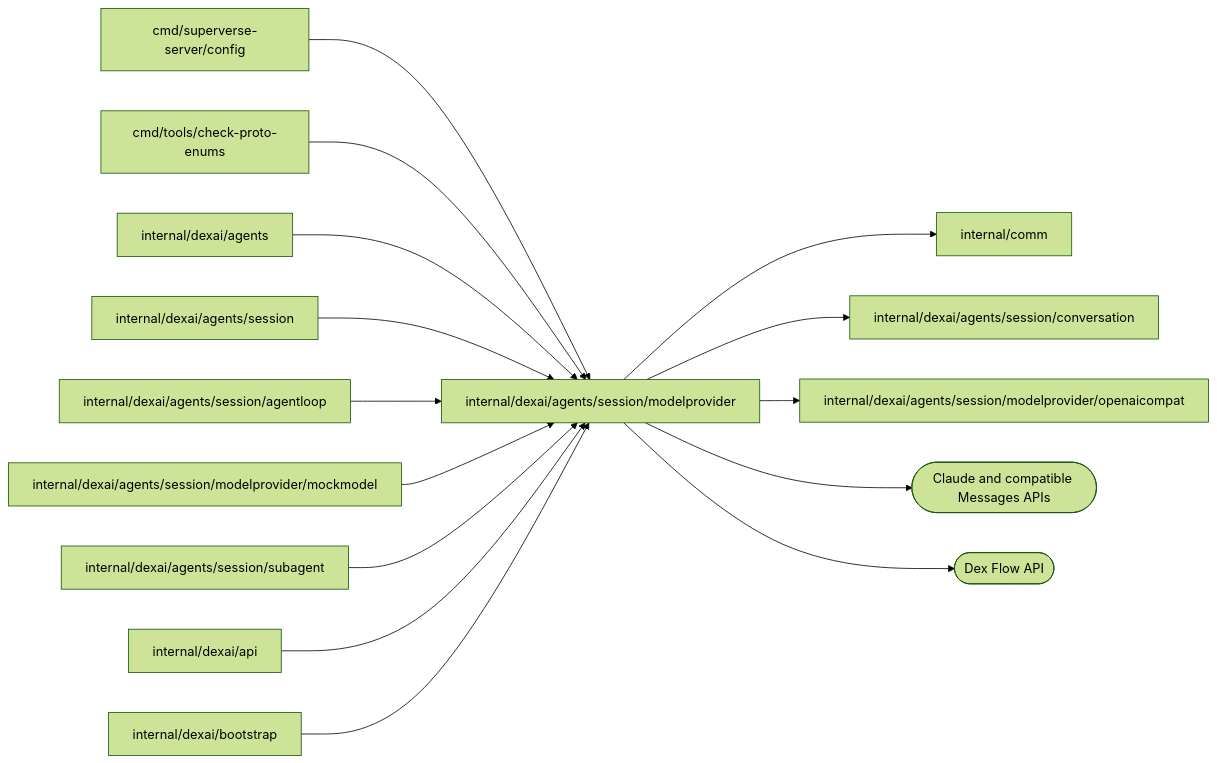
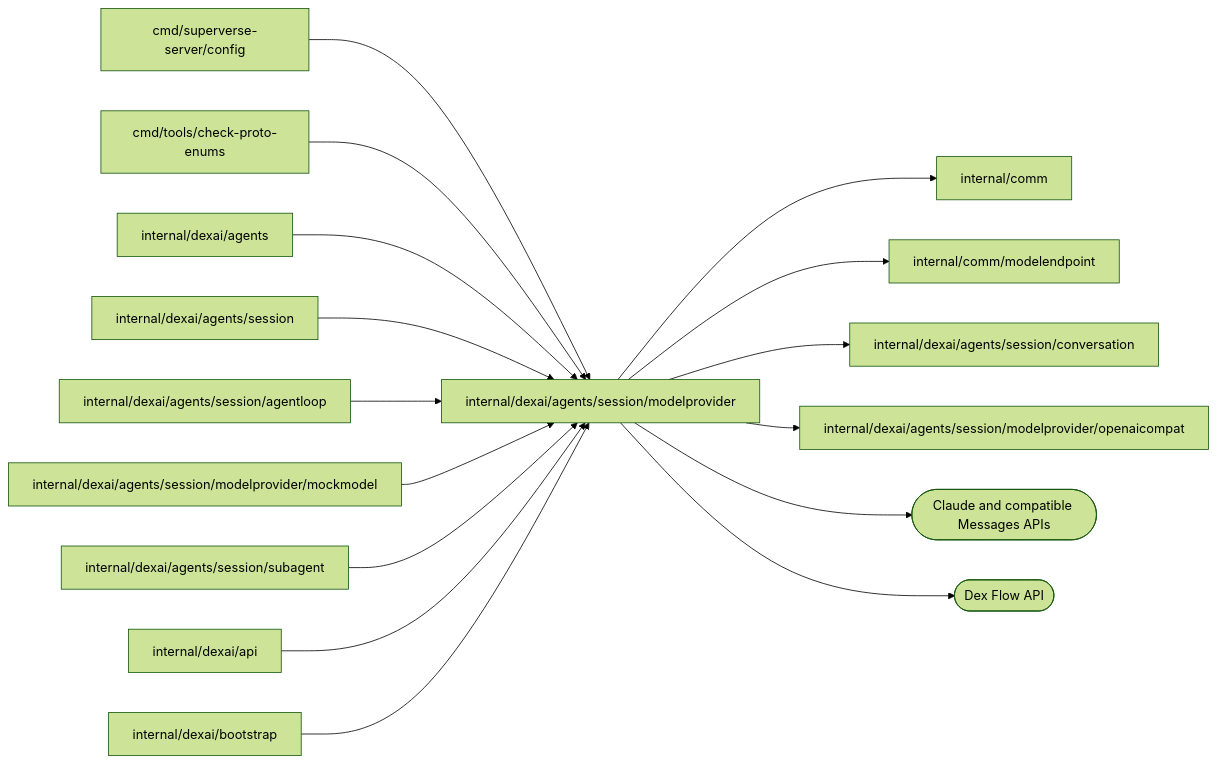
Before and after one commit to superdurable/superverse: the diagram in internal/dexai/agents/session/modelprovider/README.md, drawn with Mermaid (forest theme). The commit also changed other lines of this file and 75 other files, not shown here.

````diff
--- a/internal/dexai/agents/session/modelprovider/README.md
+++ b/internal/dexai/agents/session/modelprovider/README.md
@@ -10,18 +10,19 @@
 ```mermaid
 flowchart LR
   self["internal/dexai/agents/session/modelprovider"]
   c0["cmd/superverse-server/config"] --> self
   c1["cmd/tools/check-proto-enums"] --> self
   c2["internal/dexai/agents"] --> self
   c3["internal/dexai/agents/session"] --> self
   c4["internal/dexai/agents/session/agentloop"] --> self
   c5["internal/dexai/agents/session/modelprovider/mockmodel"] --> self
   c6["internal/dexai/agents/session/subagent"] --> self
   c7["internal/dexai/api"] --> self
   c8["internal/dexai/bootstrap"] --> self
   self --> d0["internal/comm"]
-  self --> d1["internal/dexai/agents/session/conversation"]
-  self --> d2["internal/dexai/agents/session/modelprovider/openaicompat"]
+  self --> d1["internal/comm/modelendpoint"]
+  self --> d2["internal/dexai/agents/session/conversation"]
+  self --> d3["internal/dexai/agents/session/modelprovider/openaicompat"]
   self --> e0(["Claude and compatible Messages APIs"])
   self --> e1(["Dex Flow API"])
 ```
````
